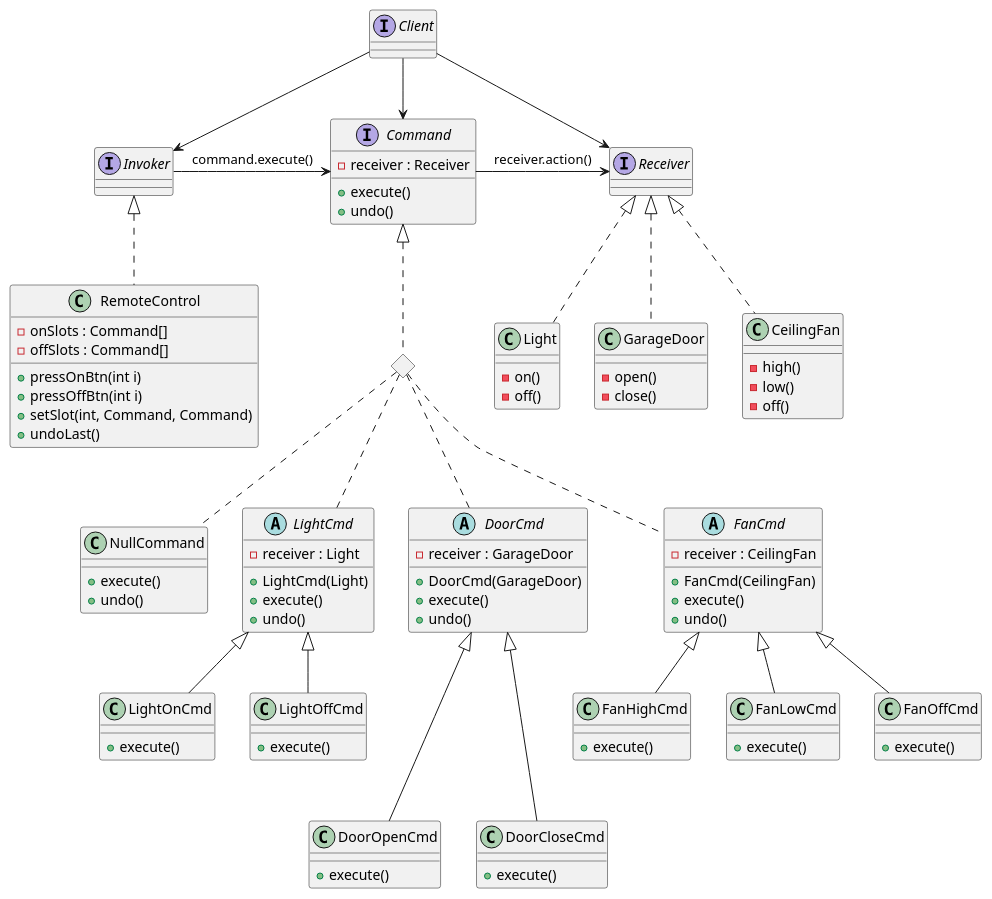
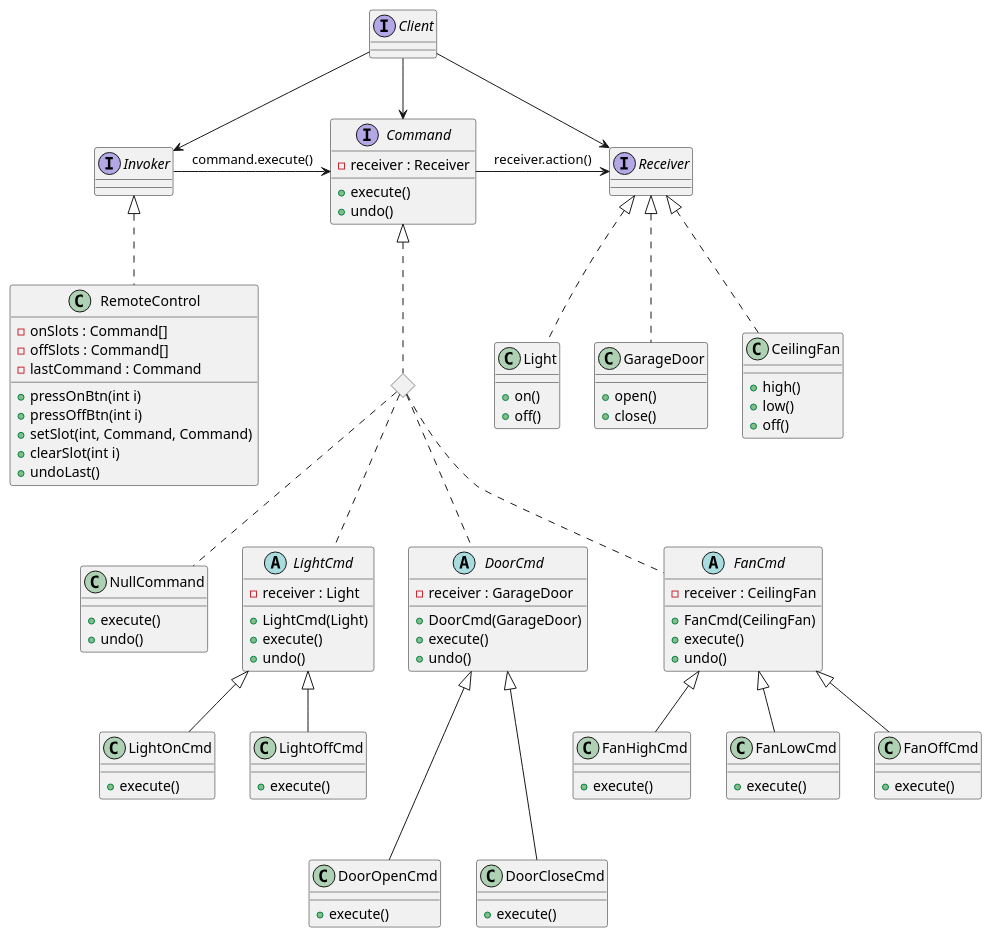
One commit to alesgenova/design-patterns changed the diagram in 06_command_pattern/README.md. Above: the diagram before and after it, drawn with PlantUML. The commit also changed 7 other files, not shown here.

```diff
--- a/06_command_pattern/README.md
+++ b/06_command_pattern/README.md
@@ -29,26 +29,28 @@
 Class RemoteControl{
   - onSlots : Command[]
   - offSlots : Command[]
+  - lastCommand : Command
   + pressOnBtn(int i)
   + pressOffBtn(int i)
   + setSlot(int, Command, Command)
+  + clearSlot(int i)
   + undoLast()
 }
 
 Class Light{
-  - on()
-  - off()
+  + on()
+  + off()
 }
 
 Class GarageDoor{
-  - open()
-  - close()
+  + open()
+  + close()
 }
 
 Class CeilingFan{
-  - high()
-  - low()
-  - off()
+  + high()
+  + low()
+  + off()
 }
 
 Class NullCommand{
```
